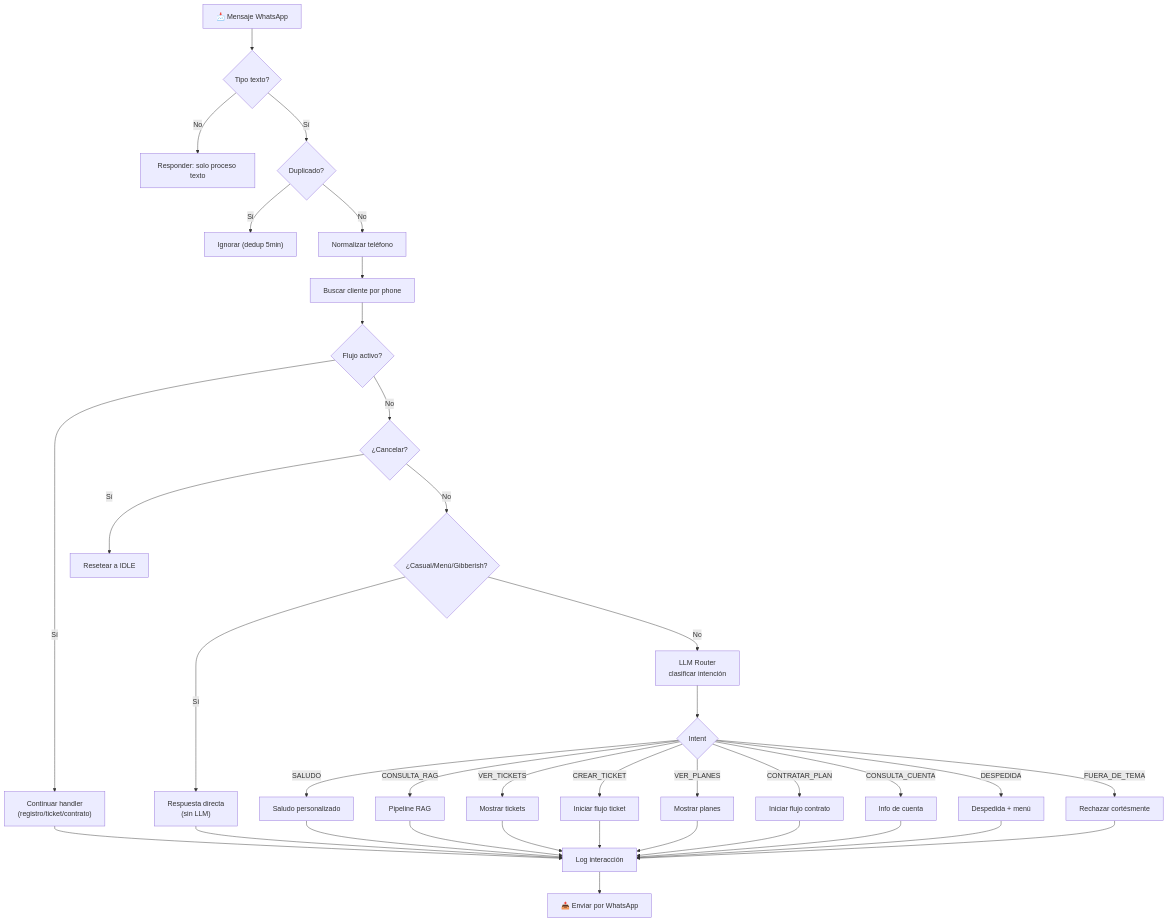
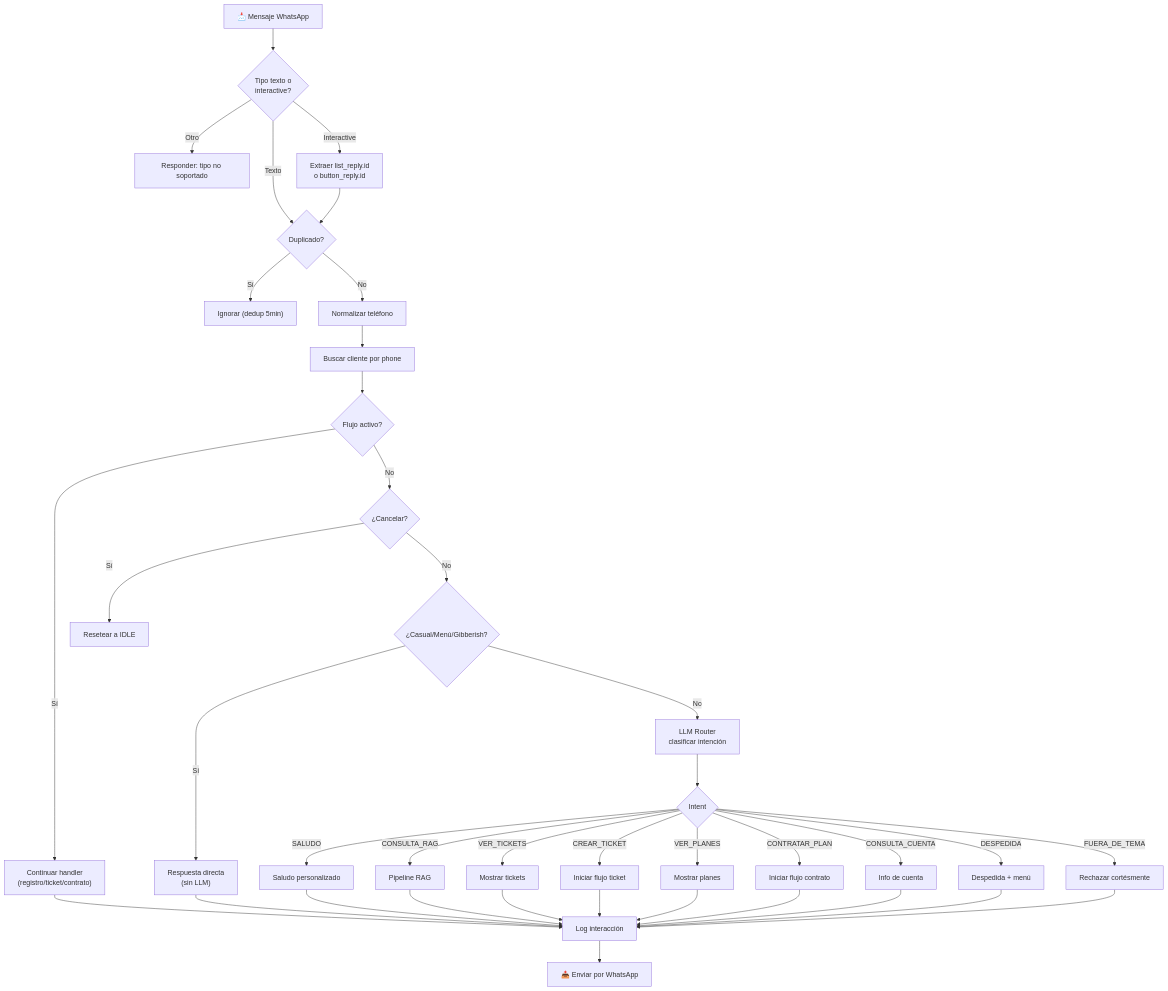
One commit to titesen/knowligo changed the third of 6 diagrams in docs/diagrams/architecture.md. Above: the diagram before and after it, drawn with Mermaid. The commit also changed other lines of this file and 16 other files, not shown here.

Commit message:
feat: Add interactive WhatsApp messaging support and enhance documentation

````diff
--- a/docs/diagrams/architecture.md
+++ b/docs/diagrams/architecture.md
@@ -93,38 +95,40 @@
 ```mermaid
 flowchart TD
-    A["📩 Mensaje WhatsApp"] --> B{Tipo texto?}
-    B -->|No| B1["Responder: solo proceso texto"]
-    B -->|Sí| C{Duplicado?}
+    A["📩 Mensaje WhatsApp"] --> B{Tipo texto o\ninteractive?}
+    B -->|Otro| B1["Responder: tipo no soportado"]
+    B -->|Texto| C{Duplicado?}
+    B -->|Interactive| B2["Extraer list_reply.id\no button_reply.id"]
+    B2 --> C
     C -->|Sí| C1["Ignorar (dedup 5min)"]
     C -->|No| D["Normalizar teléfono"]
     D --> E["Buscar cliente por phone"]
     E --> F{Flujo activo?}
     F -->|Sí| G["Continuar handler<br>(registro/ticket/contrato)"]
     F -->|No| H{¿Cancelar?}
     H -->|Sí| H1["Resetear a IDLE"]
     H -->|No| I{¿Casual/Menú/Gibberish?}
     I -->|Sí| I1["Respuesta directa<br>(sin LLM)"]
     I -->|No| J["LLM Router<br>clasificar intención"]
     J --> K{Intent}
     K -->|SALUDO| K1["Saludo personalizado"]
     K -->|CONSULTA_RAG| K2["Pipeline RAG"]
     K -->|VER_TICKETS| K3["Mostrar tickets"]
     K -->|CREAR_TICKET| K4["Iniciar flujo ticket"]
     K -->|VER_PLANES| K5["Mostrar planes"]
     K -->|CONTRATAR_PLAN| K6["Iniciar flujo contrato"]
     K -->|CONSULTA_CUENTA| K7["Info de cuenta"]
     K -->|DESPEDIDA| K8["Despedida + menú"]
     K -->|FUERA_DE_TEMA| K9["Rechazar cortésmente"]
     G --> L["Log interacción"]
     I1 --> L
     K1 --> L
     K2 --> L
     K3 --> L
     K4 --> L
     K5 --> L
     K6 --> L
     K7 --> L
     K8 --> L
     K9 --> L
     L --> M["📤 Enviar por WhatsApp"]
 ```
````
